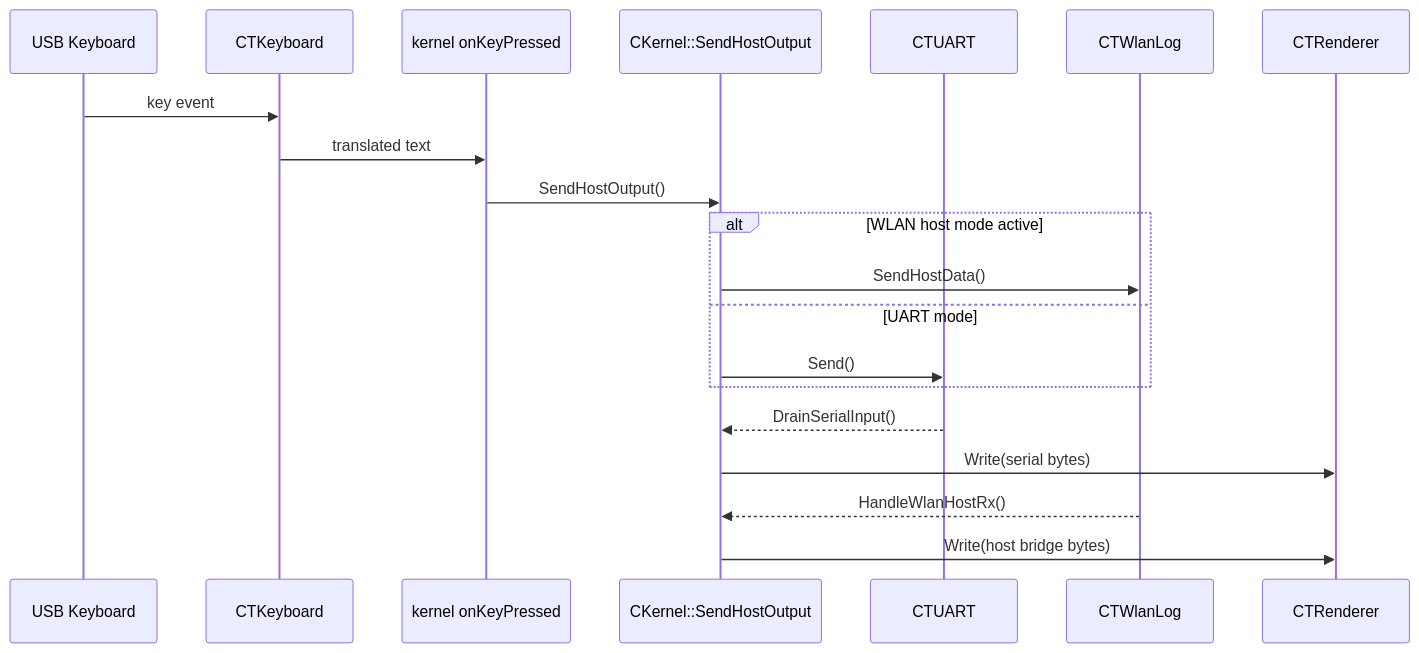
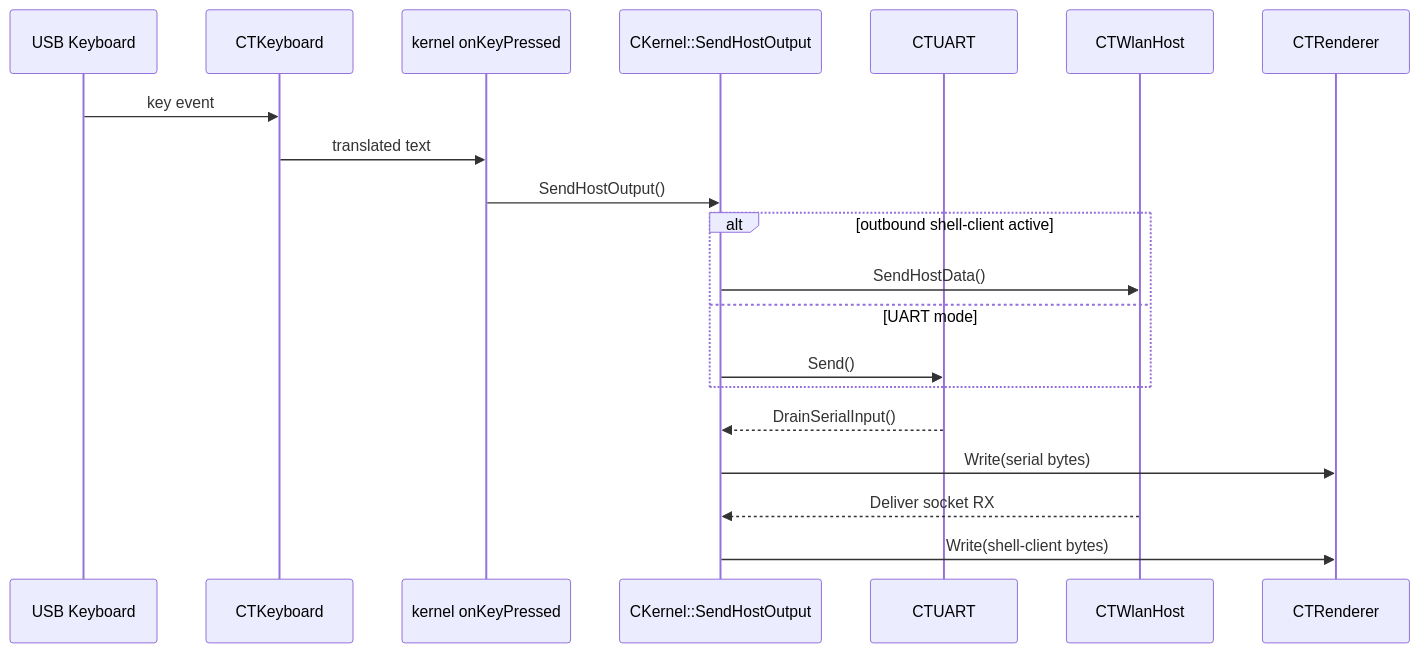
Before and after one commit to rzuehlsd/PiZero_VT100: the third of 3 diagrams in VT100/docs/VT100_Architecture.md, drawn with Mermaid. The commit also changed other lines of this file and 2 other files, not shown here.

First line of the commit message:
VT100: document shadow-buffer-first renderer architecture

````diff
--- a/VT100/docs/VT100_Architecture.md
+++ b/VT100/docs/VT100_Architecture.md
@@ -175,25 +175,25 @@
 ```mermaid
 sequenceDiagram
   participant HID as USB Keyboard
   participant Kbd as CTKeyboard
   participant Kcb as kernel onKeyPressed
   participant Router as CKernel::SendHostOutput
   participant Uart as CTUART
-  participant Wlan as CTWlanLog
+  participant Wlan as CTWlanHost
   participant Rndr as CTRenderer
 
   HID->>Kbd: key event
   Kbd->>Kcb: translated text
   Kcb->>Router: SendHostOutput()
-  alt WLAN host mode active
+  alt outbound shell-client active
     Router->>Wlan: SendHostData()
   else UART mode
     Router->>Uart: Send()
   end
 
   Uart-->>Router: DrainSerialInput()
   Router->>Rndr: Write(serial bytes)
 
-  Wlan-->>Router: HandleWlanHostRx()
-  Router->>Rndr: Write(host bridge bytes)
+  Wlan-->>Router: Deliver socket RX
+  Router->>Rndr: Write(shell-client bytes)
 ```
````
